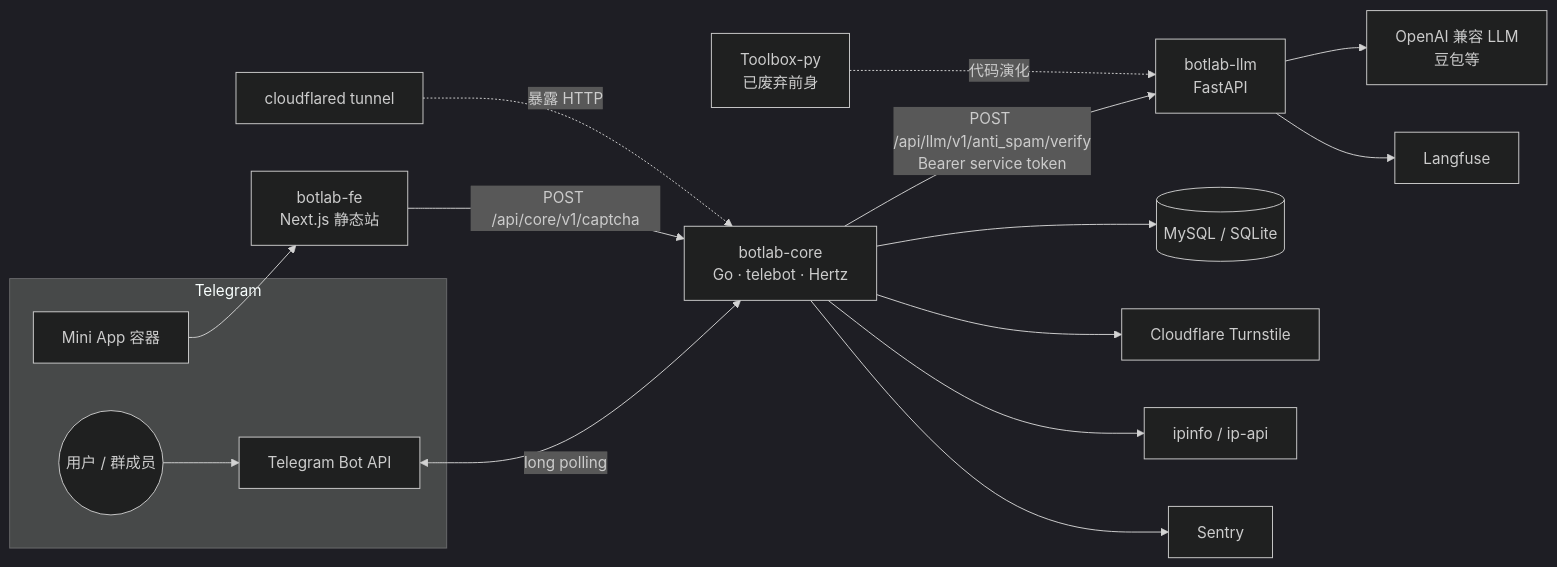
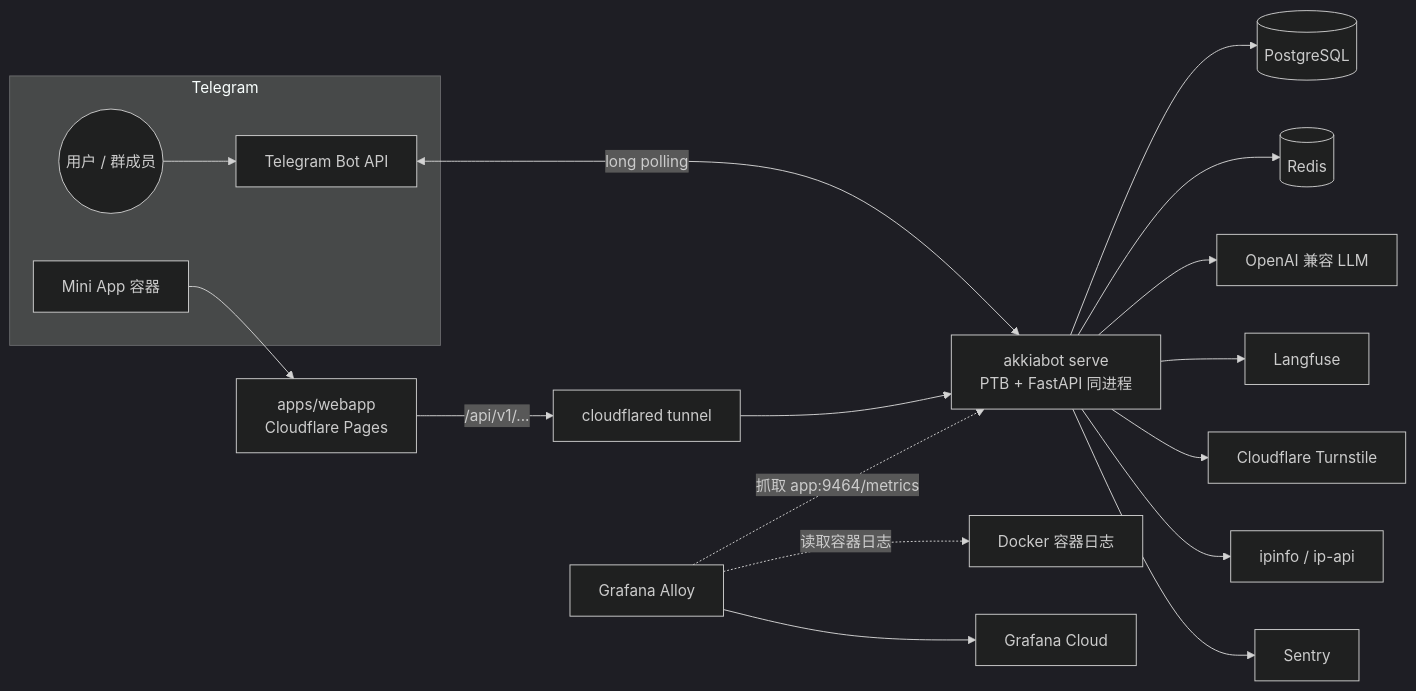
The first of 2 diagrams in docs/architecture.md (AkkiaLab/AkkiaBot), drawn with Mermaid (dark theme) before and after one commit. The commit also changed other lines of this file and 26 other files, not shown here.

````diff
--- a/docs/architecture.md
+++ b/docs/architecture.md
@@ -87,35 +22,38 @@
 ```mermaid
 flowchart LR
     subgraph TG[Telegram]
         User((用户 / 群成员))
         BotAPI[Telegram Bot API]
         MiniApp[Mini App 容器]
     end
 
-    FE[botlab-fe<br/>Next.js 静态站]
-    CORE[botlab-core<br/>Go · telebot · Hertz]
-    LLM[botlab-llm<br/>FastAPI]
-    TBX[Toolbox-py<br/>已废弃前身]
-
-    DB[(MySQL / SQLite)]
-    LLMAPI[OpenAI 兼容 LLM<br/>豆包等]
+    WEB[apps/webapp<br/>Cloudflare Pages]
+    CFT[cloudflared tunnel]
+    APP[akkiabot serve<br/>PTB + FastAPI 同进程]
+    DB[(PostgreSQL)]
+    R[(Redis)]
+    LLMAPI[OpenAI 兼容 LLM]
     LF[Langfuse]
     TS[Cloudflare Turnstile]
     WHOIS[ipinfo / ip-api]
     SENTRY[Sentry]
-    CFT[cloudflared tunnel]
+    ALLOY[Grafana Alloy]
+    DOCKER[Docker 容器日志]
+    GC[Grafana Cloud]
 
     User --> BotAPI
-    BotAPI <-->|long polling| CORE
-    MiniApp --> FE
-    FE -->|POST /api/core/v1/captcha| CORE
-    CORE -->|POST /api/llm/v1/anti_spam/verify<br/>Bearer service token| LLM
-    LLM --> LLMAPI
-    LLM --> LF
-    CORE --> DB
-    CORE --> TS
-    CORE --> WHOIS
-    CORE --> SENTRY
-    CFT -.暴露 HTTP.-> CORE
-    TBX -. 代码演化 .-> LLM
+    BotAPI <-->|long polling| APP
+    MiniApp --> WEB
+    WEB -->|/api/v1/...| CFT
+    CFT --> APP
+    APP --> DB
+    APP --> R
+    APP --> LLMAPI
+    APP --> LF
+    APP --> TS
+    APP --> WHOIS
+    APP --> SENTRY
+    ALLOY -.读取容器日志.-> DOCKER
+    ALLOY -.抓取 app:9464/metrics.-> APP
+    ALLOY --> GC
 ```
````
